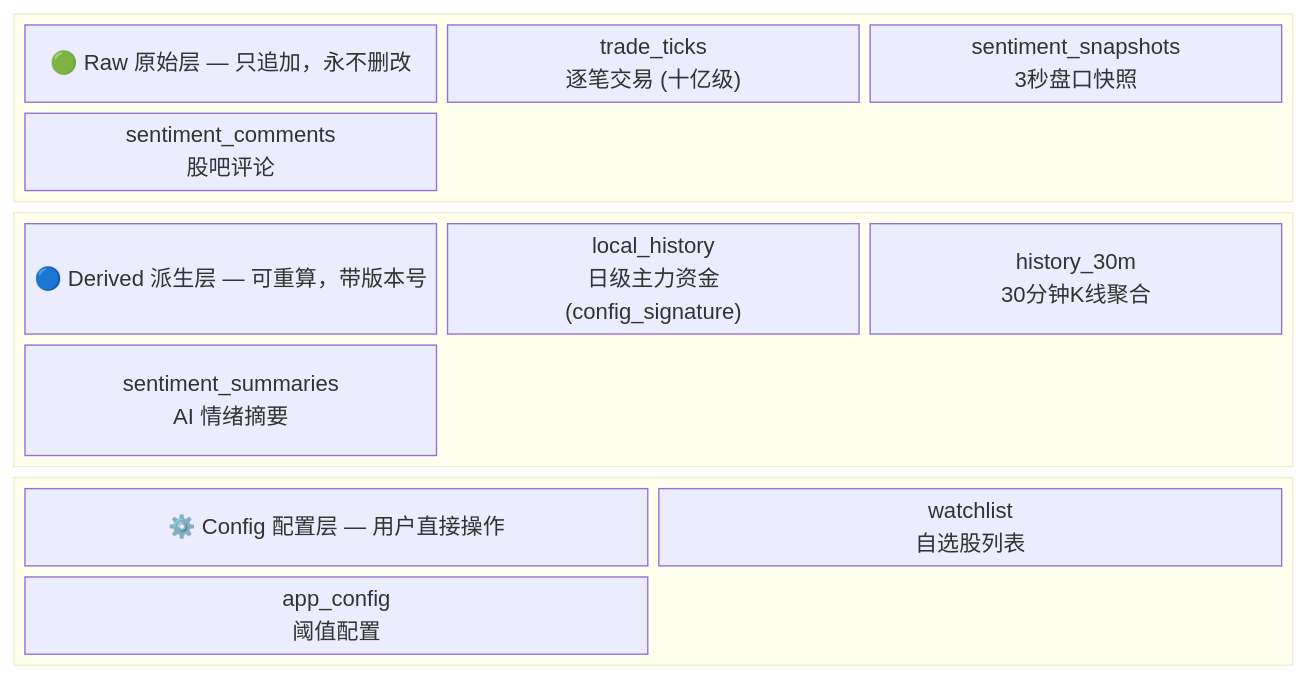
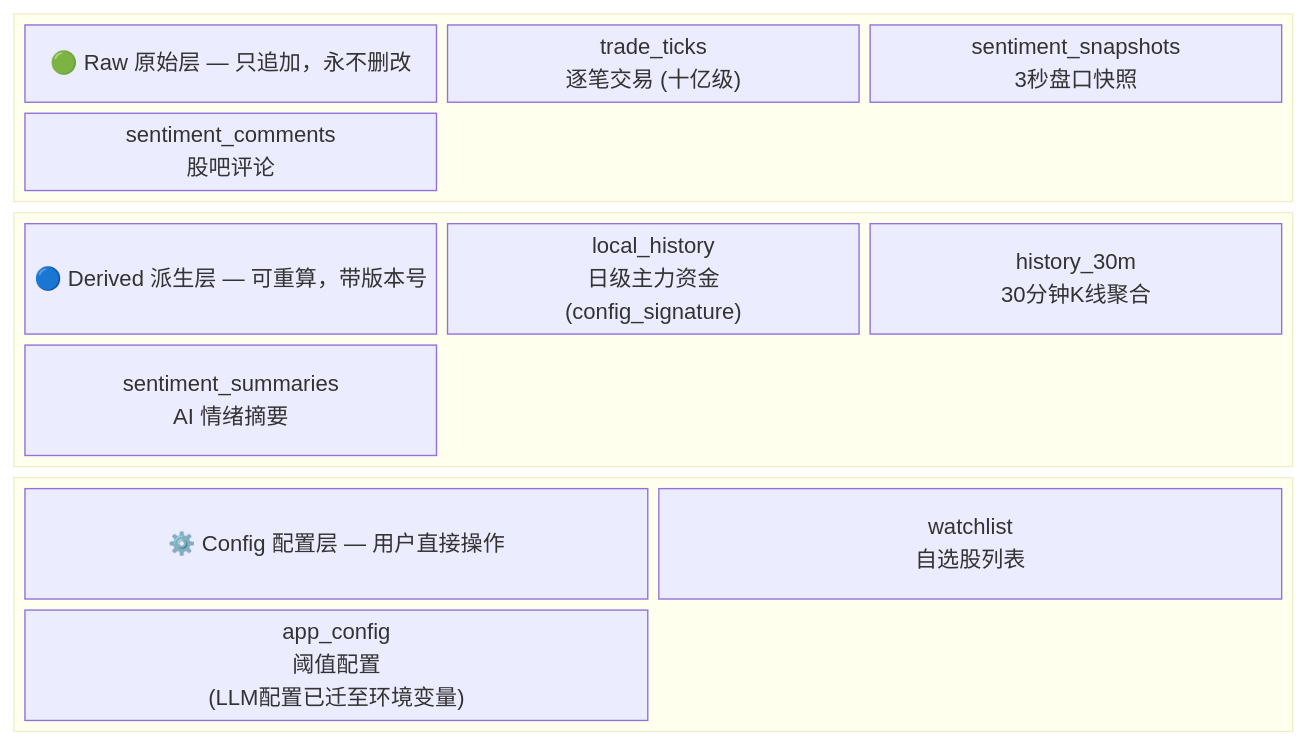
Before and after one commit to zd0907-arc/market-live-terminal: the second of 4 diagrams in docs/ARCHITECTURE_WORKFLOW.md, drawn with Mermaid. The commit also changed other lines of this file and 17 other files, not shown here.

````diff
--- a/docs/ARCHITECTURE_WORKFLOW.md
+++ b/docs/ARCHITECTURE_WORKFLOW.md
@@ -50,27 +50,27 @@
 ```mermaid
 block-beta
     columns 3
     
     block:raw:3
         columns 3
         r["🟢 Raw 原始层 — 只追加，永不删改"]
         trade_ticks["trade_ticks<br/>逐笔交易 (十亿级)"]
         sentiment_snapshots["sentiment_snapshots<br/>3秒盘口快照"]
         sentiment_comments["sentiment_comments<br/>股吧评论"]
     end
 
     block:derived:3
         columns 3
         d["🔵 Derived 派生层 — 可重算，带版本号"]
         local_history["local_history<br/>日级主力资金<br/>(config_signature)"]
         history_30m["history_30m<br/>30分钟K线聚合"]
         sentiment_summaries["sentiment_summaries<br/>AI 情绪摘要"]
     end
 
     block:config:3
         columns 2
         c["⚙️ Config 配置层 — 用户直接操作"]
         watchlist["watchlist<br/>自选股列表"]
-        app_config["app_config<br/>阈值配置"]
+        app_config["app_config<br/>阈值配置<br/>(LLM配置已迁至环境变量)"]
     end
 ```
````
